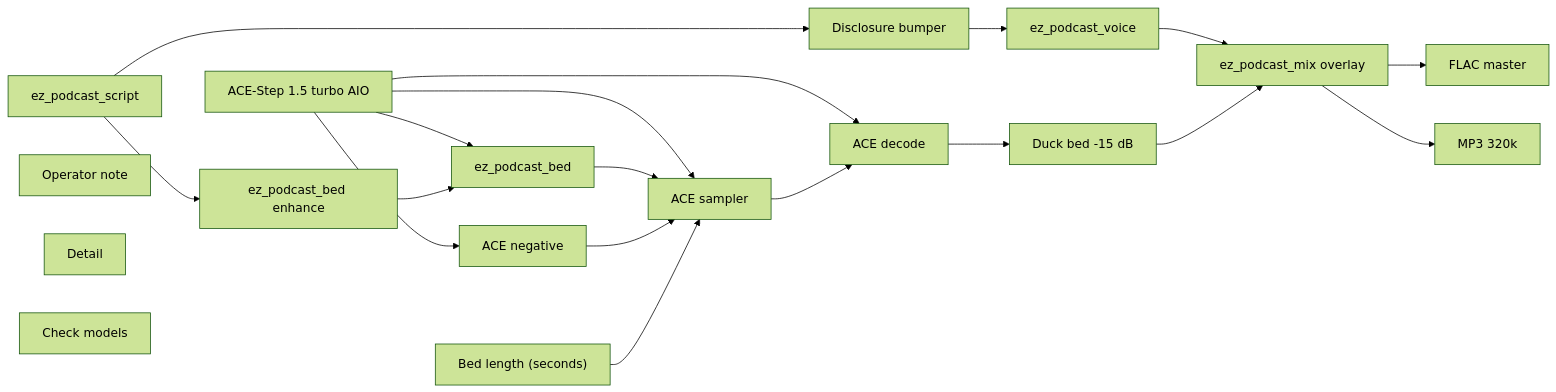
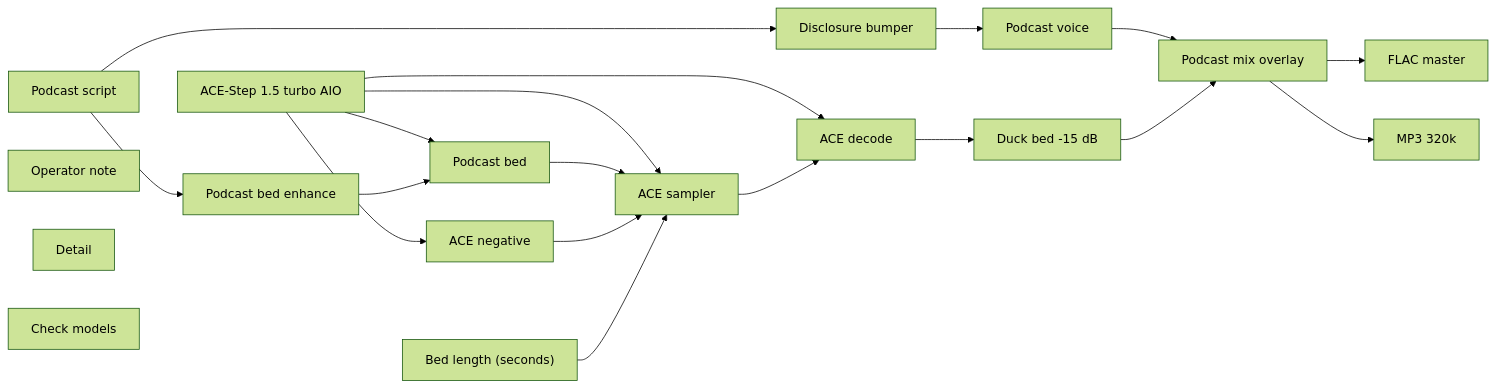
One commit to toxicoder/ez-comfy-stack changed the diagram in docs/generated/workflows/audio/podcast/two-host-episode.md. Above: the diagram before and after it, drawn with Mermaid (forest theme). The commit also changed other lines of this file and 13 other files, not shown here.

First line of the commit message:
fix: keep graph slugs off the podcast and dub canvas

````diff
--- a/docs/generated/workflows/audio/podcast/two-host-episode.md
+++ b/docs/generated/workflows/audio/podcast/two-host-episode.md
@@ -57,37 +57,37 @@
 ```mermaid
 flowchart LR
   N1["ACE-Step 1.5 turbo AIO"]
-  N2["ez_podcast_script"]
+  N2["Podcast script"]
   N3["Disclosure bumper"]
-  N4["ez_podcast_voice"]
-  N5["ez_podcast_bed"]
+  N4["Podcast voice"]
+  N5["Podcast bed"]
   N6["ACE negative"]
   N7["Bed length (seconds)"]
   N8["ACE sampler"]
   N9["ACE decode"]
   N10["Duck bed -15 dB"]
-  N11["ez_podcast_mix overlay"]
+  N11["Podcast mix overlay"]
   N12["FLAC master"]
   N13["MP3 320k"]
   N14["Operator note"]
-  N15["ez_podcast_bed enhance"]
+  N15["Podcast bed enhance"]
   N16["Detail"]
   N17["Check models"]
   N1 --> N8
   N1 --> N5
   N1 --> N6
   N1 --> N9
   N2 --> N3
   N2 --> N15
   N3 --> N4
   N4 --> N11
   N5 --> N8
   N6 --> N8
   N7 --> N8
   N8 --> N9
   N9 --> N10
   N10 --> N11
   N11 --> N12
   N11 --> N13
   N15 --> N5
 ```
````
